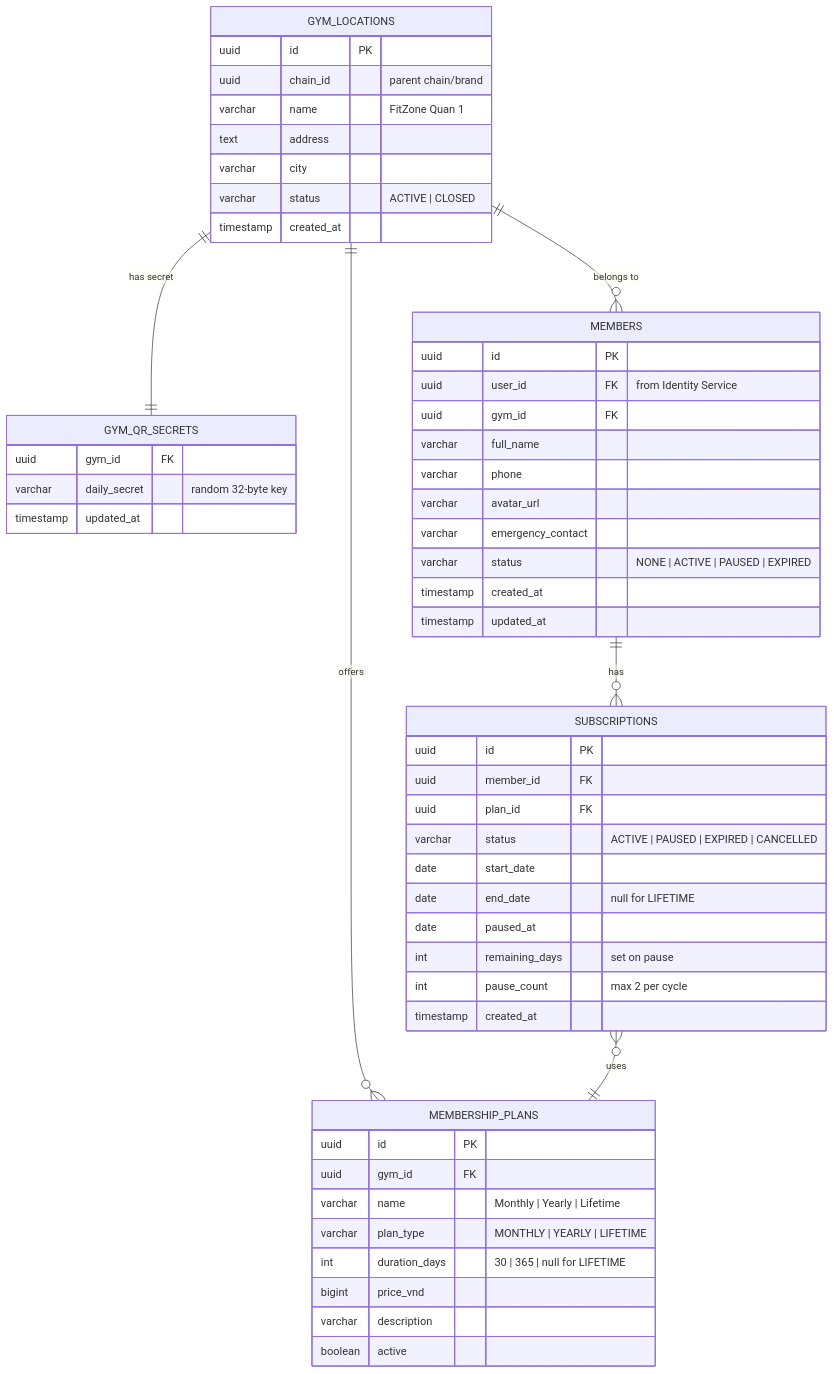
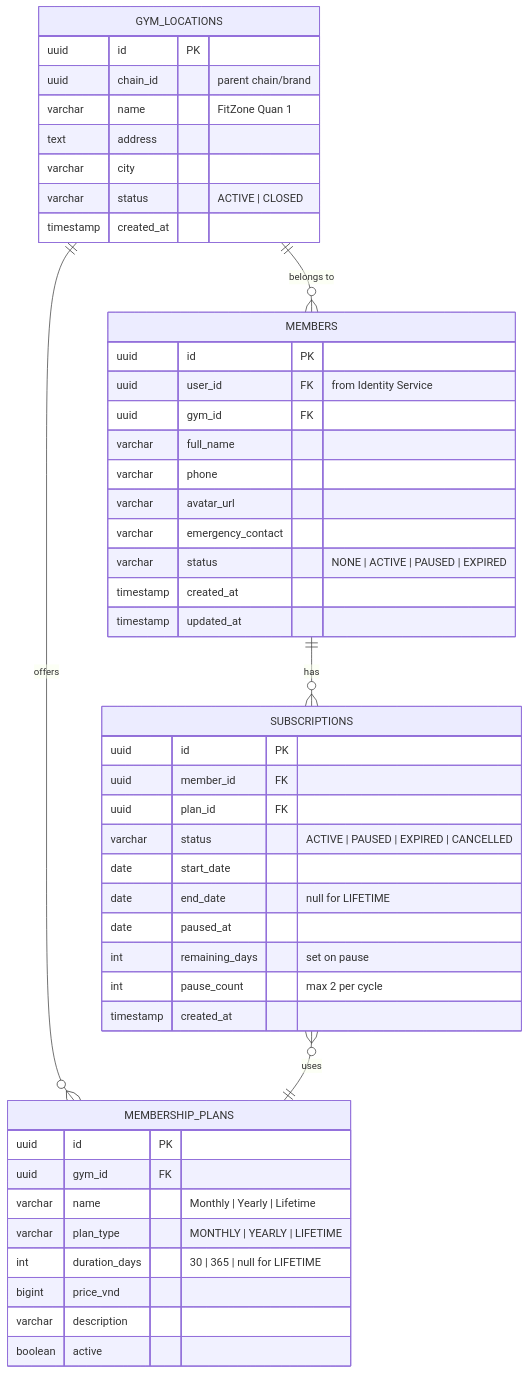
Before and after one commit to pploc/gym-architect: the second of 2 diagrams in services/02-ms-gym-member.md, drawn with Mermaid. The commit also changed other lines of this file and 15 other files, not shown here.

````diff
--- a/services/02-ms-gym-member.md
+++ b/services/02-ms-gym-member.md
@@ -67,61 +68,54 @@
 ```mermaid
 erDiagram
     GYM_LOCATIONS {
         uuid id PK
         uuid chain_id "parent chain/brand"
         varchar name "FitZone Quan 1"
         text address
         varchar city
         varchar status "ACTIVE | CLOSED"
         timestamp created_at
-    }
-
-    GYM_QR_SECRETS {
-        uuid gym_id FK
-        varchar daily_secret "random 32-byte key"
-        timestamp updated_at
     }
 
     MEMBERS {
         uuid id PK
         uuid user_id FK "from Identity Service"
         uuid gym_id FK
         varchar full_name
         varchar phone
         varchar avatar_url
         varchar emergency_contact
         varchar status "NONE | ACTIVE | PAUSED | EXPIRED"
         timestamp created_at
         timestamp updated_at
     }
 
     MEMBERSHIP_PLANS {
         uuid id PK
         uuid gym_id FK
         varchar name "Monthly | Yearly | Lifetime"
         varchar plan_type "MONTHLY | YEARLY | LIFETIME"
         int duration_days "30 | 365 | null for LIFETIME"
         bigint price_vnd
         varchar description
         boolean active
     }
 
     SUBSCRIPTIONS {
         uuid id PK
         uuid member_id FK
         uuid plan_id FK
         varchar status "ACTIVE | PAUSED | EXPIRED | CANCELLED"
         date start_date
         date end_date "null for LIFETIME"
         date paused_at
         int remaining_days "set on pause"
         int pause_count "max 2 per cycle"
         timestamp created_at
     }
 
-    GYM_LOCATIONS ||--|| GYM_QR_SECRETS : "has secret"
     GYM_LOCATIONS ||--o{ MEMBERS : "belongs to"
     GYM_LOCATIONS ||--o{ MEMBERSHIP_PLANS : "offers"
     MEMBERS ||--o{ SUBSCRIPTIONS : "has"
     SUBSCRIPTIONS }o--|| MEMBERSHIP_PLANS : "uses"
 ```
````
